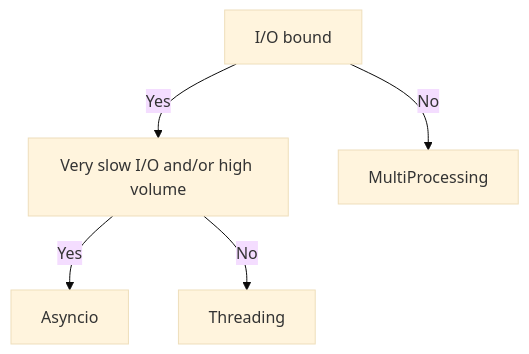
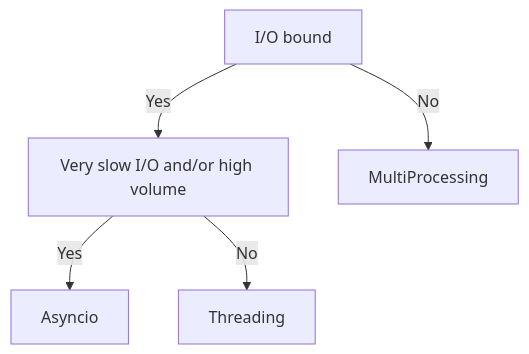
The diagram in _posts/2024-05-02-threading_vs_multiprocessing_vs_asyncio.md (mbrycke/mbrycke.github.io), drawn with Mermaid before and after one commit.

Commit message:
small fix

````diff
--- a/_posts/2024-05-02-threading_vs_multiprocessing_vs_asyncio.md
+++ b/_posts/2024-05-02-threading_vs_multiprocessing_vs_asyncio.md
@@ -9,8 +9,7 @@
 ```mermaid
-%%{init: {'theme':'base', 'themeVariables': { 'lineInterpolate': 'basis' }}}%%
 graph TD
     A[I/O bound] -- "Yes" --> B[Very slow I/O and/or high volume]
     A -- "No"--> C[MultiProcessing]
     B --"Yes"--> E[Asyncio]
     B --"No"--> D[Threading]
 ```
````
